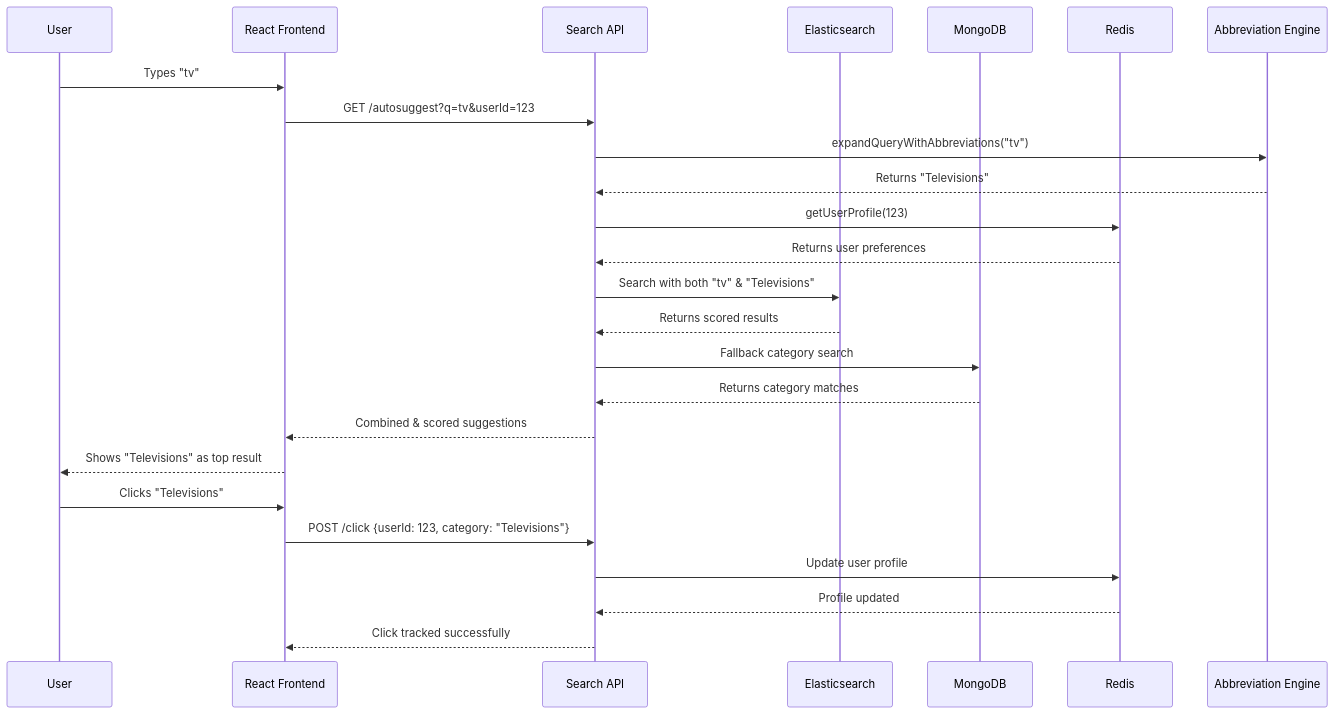
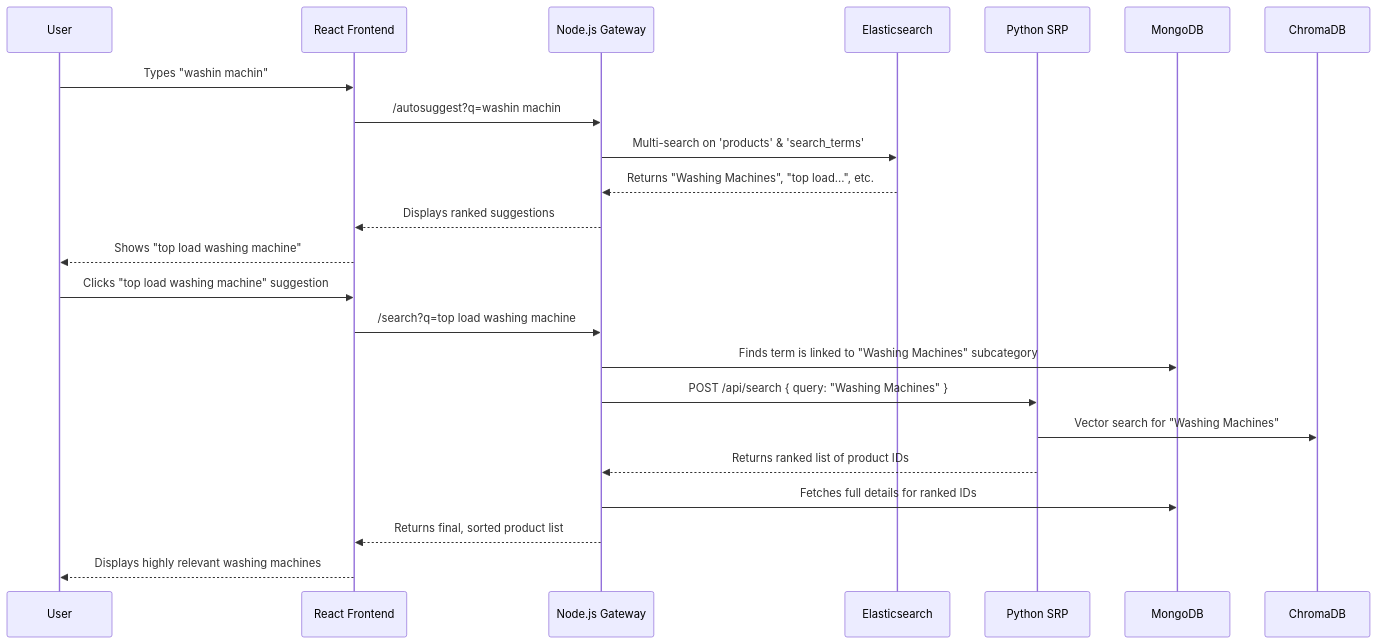
The second of 2 diagrams in README.md (Darkcaptain007/Grid-Flipkart), drawn with Mermaid before and after one commit. The commit also changed other lines of this file, not shown here.

````diff
--- a/README.md
+++ b/README.md
@@ -89,29 +69,29 @@
 ```mermaid
 sequenceDiagram
     participant U as User
     participant UI as React Frontend
-    participant API as Search API
+    participant API as Node.js Gateway
     participant ES as Elasticsearch
+    participant SRP as Python SRP
     participant DB as MongoDB
-    participant R as Redis
-    participant AE as Abbreviation Engine
+    
+    U->>UI: Types "washin machin"
+    
+    %% Autosuggest Flow
+    UI->>API: /autosuggest?q=washin machin
+    API->>ES: Multi-search on 'products' & 'search_terms'
+    ES-->>API: Returns "Washing Machines", "top load...", etc.
+    API-->>UI: Displays ranked suggestions
+    UI-->>U: Shows "top load washing machine"
 
-    U->>UI: Types "tv"
-    UI->>API: GET /autosuggest?q=tv&userId=123
-    API->>AE: expandQueryWithAbbreviations("tv")
-    AE-->>API: Returns "Televisions"
-    API->>R: getUserProfile(123)
-    R-->>API: Returns user preferences
-    API->>ES: Search with both "tv" & "Televisions"
-    ES-->>API: Returns scored results
-    API->>DB: Fallback category search
-    DB-->>API: Returns category matches
-    API-->>UI: Combined & scored suggestions
-    UI-->>U: Shows "Televisions" as top result
-
-    U->>UI: Clicks "Televisions"
-    UI->>API: POST /click {userId: 123, category: "Televisions"}
-    API->>R: Update user profile
-    R-->>API: Profile updated
-    API-->>UI: Click tracked successfully
+    %% Full Search Flow
+    U->>UI: Clicks "top load washing machine" suggestion
+    UI->>API: /search?q=top load washing machine
+    API->>DB: Finds term is linked to "Washing Machines" subcategory
+    API->>SRP: POST /api/search { query: "Washing Machines" }
+    SRP->>ChromaDB: Vector search for "Washing Machines"
+    SRP-->>API: Returns ranked list of product IDs
+    API->>DB: Fetches full details for ranked IDs
+    API-->>UI: Returns final, sorted product list
+    UI-->>U: Displays highly relevant washing machines
 ```
````
